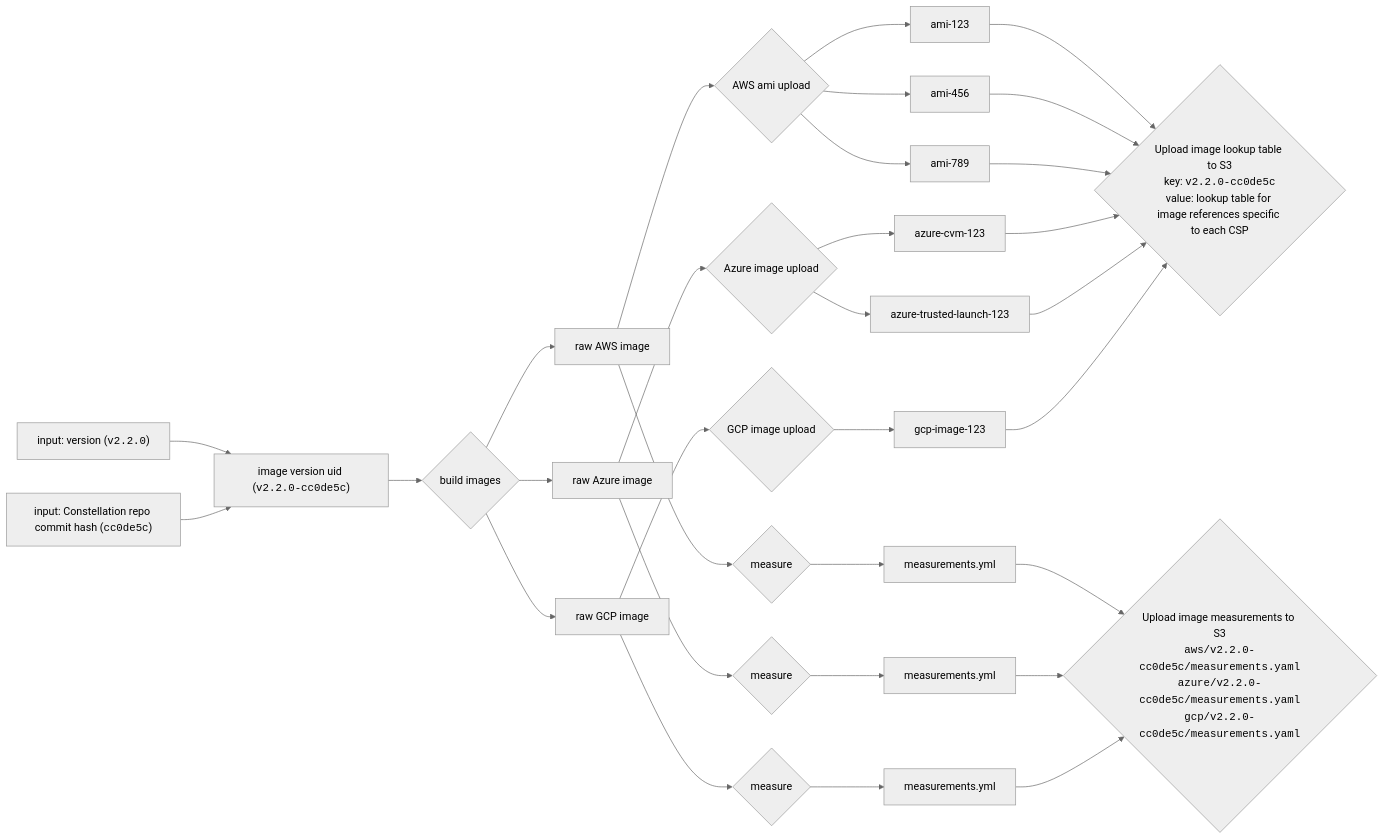
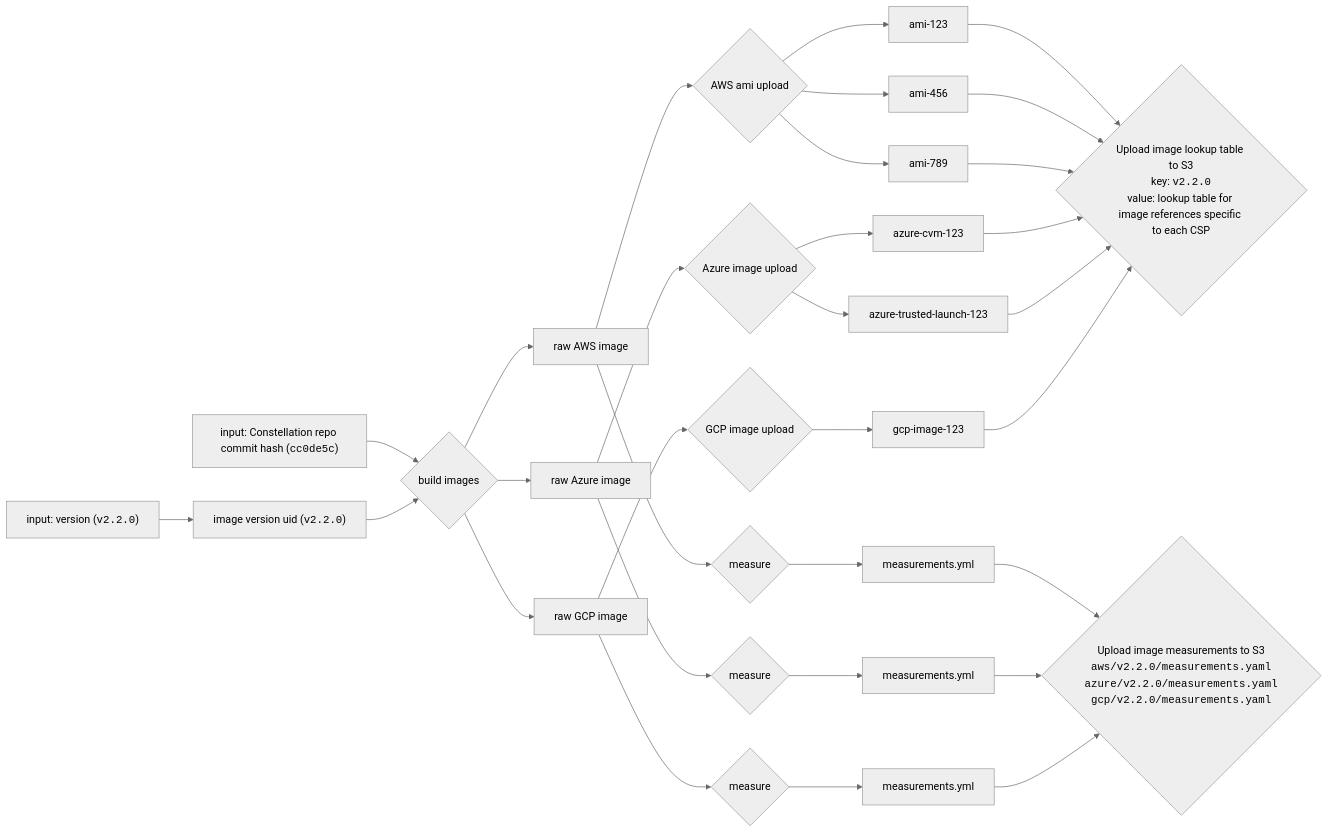
The diagram in rfc/image-discoverability.md (edgelesssys/constellation), drawn with Mermaid (neutral theme) before and after one commit. The commit also changed other lines of this file, not shown here.

Commit message:
fixup! RFC for image discoverability (description of image version uid)

````diff
--- a/rfc/image-discoverability.md
+++ b/rfc/image-discoverability.md
@@ -5,33 +5,33 @@
 ```mermaid
 graph LR
-    version["input: version (<code>v2.2.0</code>)"] --> imageid["image version uid (<code>v2.2.0-cc0de5c</code>)"]
-    commit["input: Constellation repo commit hash (<code>cc0de5c</code>)"] --> imageid
+    version["input: version (<code>v2.2.0</code>)"] --> imageid["image version uid (<code>v2.2.0</code>)"]
+    commit["input: Constellation repo commit hash (<code>cc0de5c</code>)"] --> pipeline
     imageid --> pipeline{build images}
     pipeline --> awsimage["raw AWS image"]
     pipeline --> azureimage[raw Azure image]
     pipeline --> gcpimage[raw GCP image]
     awsimage --> awsupload{AWS ami upload}
     azureimage --> azureupload{Azure image upload}
     gcpimage --> gcpupload{GCP image upload}
     gcpimage --> gcpmeasure{measure}
     awsimage --> awsmeasure{measure}
     azureimage --> azuremeasure{measure}
     awsupload --> awsimage1[ami-123]
     awsupload --> awsimage2[ami-456]
     awsupload --> awsimage3[ami-789]
     azureupload --> azureimage1[azure-cvm-123]
     azureupload --> azureimage2[azure-trusted-launch-123]
     gcpupload --> gcpimage1[gcp-image-123]
     awsmeasure --> awsmeasurements[measurements.yml]
     azuremeasure --> azuremeasurements[measurements.yml]
     gcpmeasure --> gcpmeasurements[measurements.yml]
-    awsimage1 --> lut{Upload image lookup table to S3<br>key: <code>v2.2.0-cc0de5c</code><br>value: lookup table for image references specific to each CSP}
+    awsimage1 --> lut{Upload image lookup table to S3<br>key: <code>v2.2.0</code><br>value: lookup table for image references specific to each CSP}
     awsimage2 --> lut
     awsimage3 --> lut
     azureimage1 --> lut
     azureimage2 --> lut
     gcpimage1 --> lut
-    awsmeasurements --> s3measurements{"Upload image measurements to S3<br><code>aws/v2.2.0-cc0de5c/measurements.yaml<br>azure/v2.2.0-cc0de5c/measurements.yaml<br>gcp/v2.2.0-cc0de5c/measurements.yaml<br></code>"}
+    awsmeasurements --> s3measurements{"Upload image measurements to S3<br><code>aws/v2.2.0/measurements.yaml<br>azure/v2.2.0/measurements.yaml<br>gcp/v2.2.0/measurements.yaml<br></code>"}
     azuremeasurements --> s3measurements
     gcpmeasurements --> s3measurements
 ```
````
